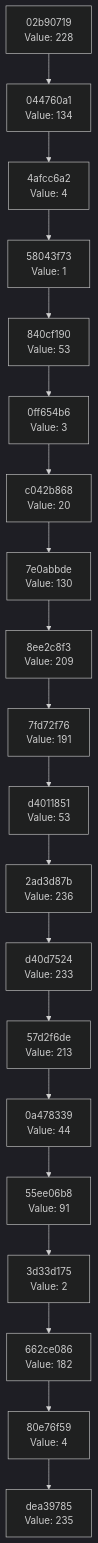
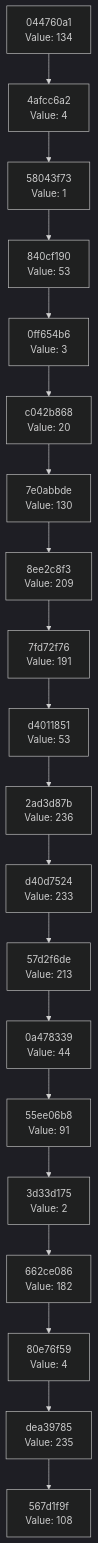
Before and after one commit to Abhisheksinha1506/hash-chain-evolver: the diagram in docs/CHAIN_VISUALIZATION.md, drawn with Mermaid (dark theme). The commit also changed 3 other files, not shown here.

````diff
--- a/docs/CHAIN_VISUALIZATION.md
+++ b/docs/CHAIN_VISUALIZATION.md
@@ -3,42 +3,42 @@
 ```mermaid
 graph TD
-    C0["dea39785<br/>Value: 235"]
-    C1["80e76f59<br/>Value: 4"]
+    C0["567d1f9f<br/>Value: 108"]
+    C1["dea39785<br/>Value: 235"]
     C1 --> C0
-    C2["662ce086<br/>Value: 182"]
+    C2["80e76f59<br/>Value: 4"]
     C2 --> C1
-    C3["3d33d175<br/>Value: 2"]
+    C3["662ce086<br/>Value: 182"]
     C3 --> C2
-    C4["55ee06b8<br/>Value: 91"]
+    C4["3d33d175<br/>Value: 2"]
     C4 --> C3
-    C5["0a478339<br/>Value: 44"]
+    C5["55ee06b8<br/>Value: 91"]
     C5 --> C4
-    C6["57d2f6de<br/>Value: 213"]
+    C6["0a478339<br/>Value: 44"]
     C6 --> C5
-    C7["d40d7524<br/>Value: 233"]
+    C7["57d2f6de<br/>Value: 213"]
     C7 --> C6
-    C8["2ad3d87b<br/>Value: 236"]
+    C8["d40d7524<br/>Value: 233"]
     C8 --> C7
-    C9["d4011851<br/>Value: 53"]
+    C9["2ad3d87b<br/>Value: 236"]
     C9 --> C8
-    C10["7fd72f76<br/>Value: 191"]
+    C10["d4011851<br/>Value: 53"]
     C10 --> C9
-    C11["8ee2c8f3<br/>Value: 209"]
+    C11["7fd72f76<br/>Value: 191"]
     C11 --> C10
-    C12["7e0abbde<br/>Value: 130"]
+    C12["8ee2c8f3<br/>Value: 209"]
     C12 --> C11
-    C13["c042b868<br/>Value: 20"]
+    C13["7e0abbde<br/>Value: 130"]
     C13 --> C12
-    C14["0ff654b6<br/>Value: 3"]
+    C14["c042b868<br/>Value: 20"]
     C14 --> C13
-    C15["840cf190<br/>Value: 53"]
+    C15["0ff654b6<br/>Value: 3"]
     C15 --> C14
-    C16["58043f73<br/>Value: 1"]
+    C16["840cf190<br/>Value: 53"]
     C16 --> C15
-    C17["4afcc6a2<br/>Value: 4"]
+    C17["58043f73<br/>Value: 1"]
     C17 --> C16
-    C18["044760a1<br/>Value: 134"]
+    C18["4afcc6a2<br/>Value: 4"]
     C18 --> C17
-    C19["02b90719<br/>Value: 228"]
+    C19["044760a1<br/>Value: 134"]
     C19 --> C18
 ```
````
